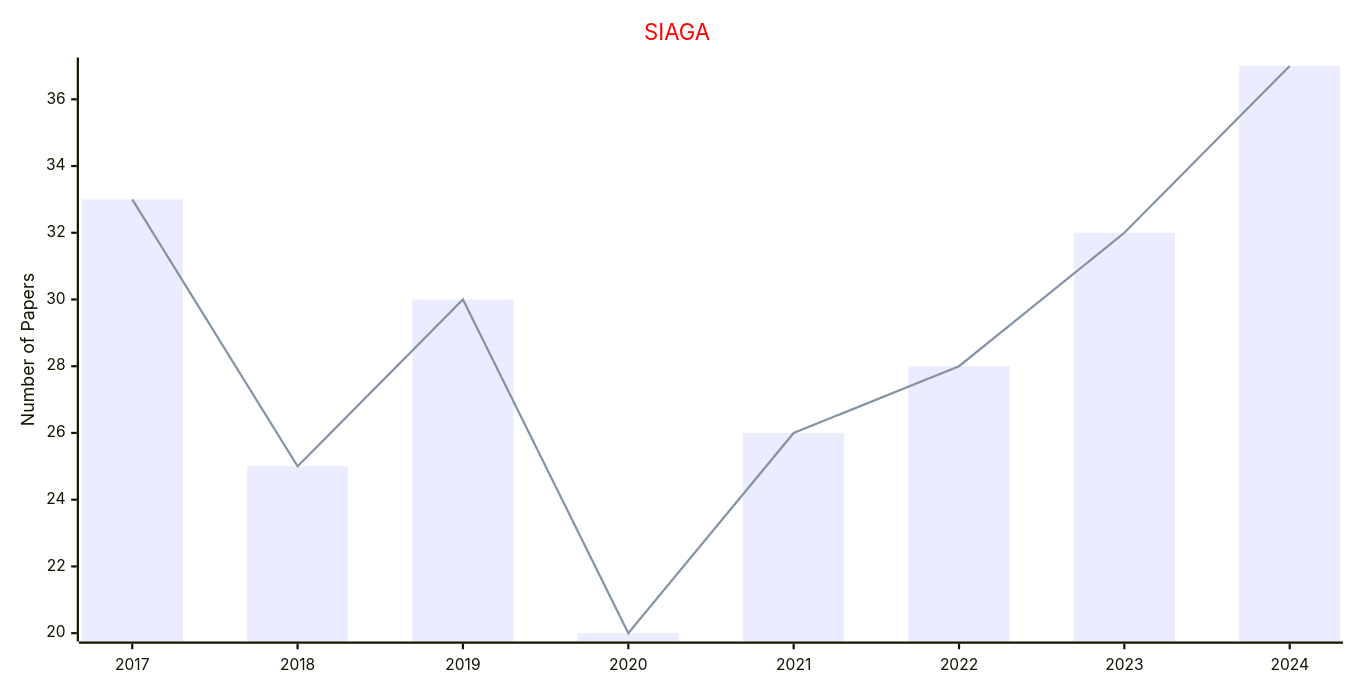
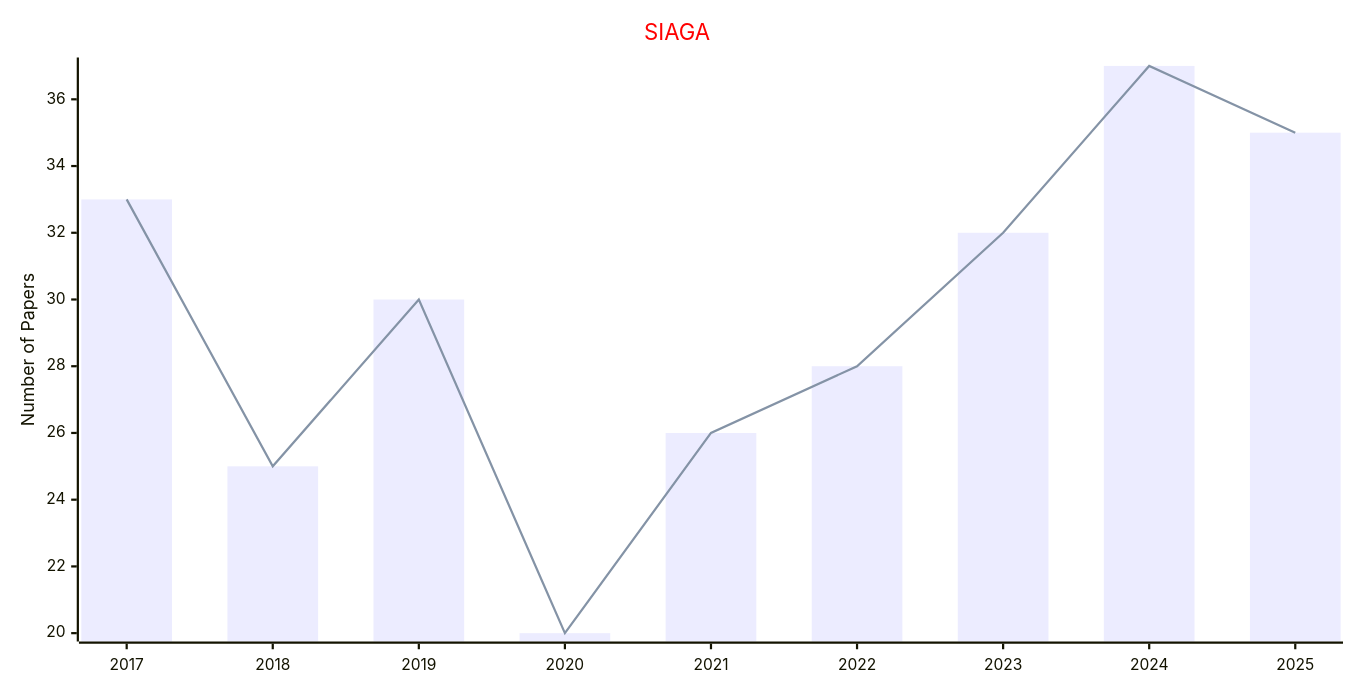
One commit to Easy-PhD/AILinks changed the diagram in docs/data/Journals/Statistics_Journals/Applied_Algebra.md. Above: the diagram before and after it, drawn with Mermaid. The commit also changed 93 other files, not shown here.

````diff
--- a/docs/data/Journals/Statistics_Journals/Applied_Algebra.md
+++ b/docs/data/Journals/Statistics_Journals/Applied_Algebra.md
@@ -9,17 +9,17 @@
 ```mermaid
 ---
 config:
     xyChart:
         width: 1200
         height: 600
     themeVariables:
         xyChart:
             titleColor: "#ff0000"
 ---
 xychart-beta
     title "SIAGA"
-    x-axis [2017, 2018, 2019, 2020, 2021, 2022, 2023, 2024]
+    x-axis [2017, 2018, 2019, 2020, 2021, 2022, 2023, 2024, 2025]
     y-axis "Number of Papers"
-    bar [33, 25, 30, 20, 26, 28, 32, 37]
-    line [33, 25, 30, 20, 26, 28, 32, 37]
+    bar [33, 25, 30, 20, 26, 28, 32, 37, 35]
+    line [33, 25, 30, 20, 26, 28, 32, 37, 35]
 ```
````
